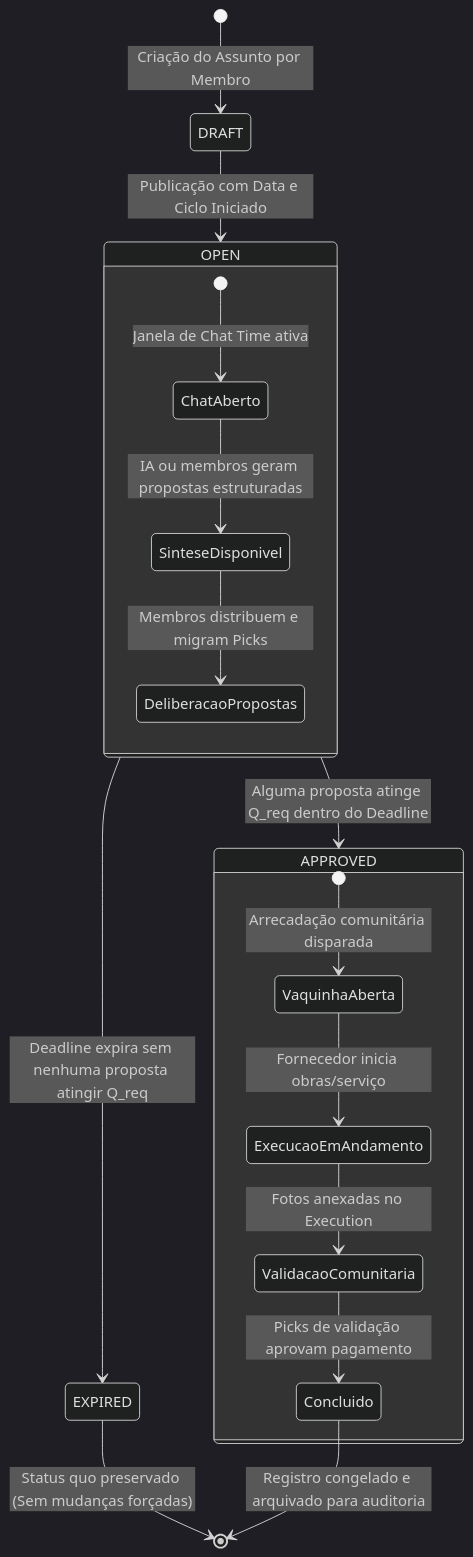
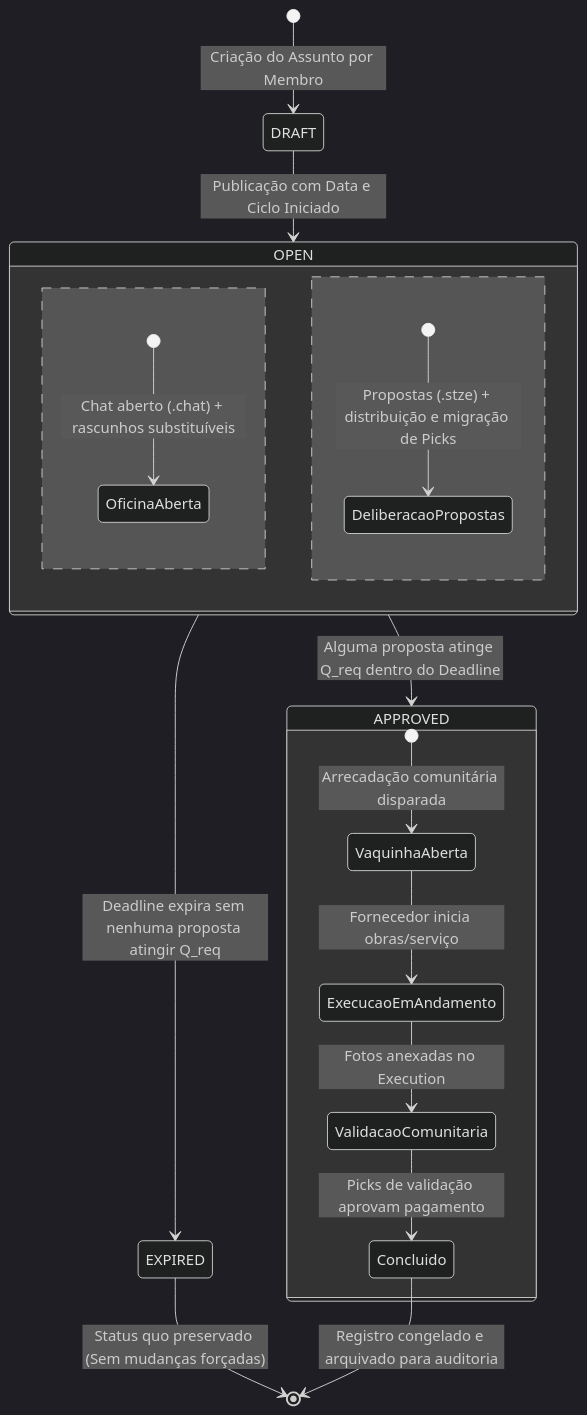
One commit to mBaiadori/sintetizing changed the second of 2 diagrams in system-design/01_COMMUNITY.md. Above: the diagram before and after it, drawn with Mermaid (dark theme). The commit also changed other lines of this file and 59 other files, not shown here.

````diff
--- a/system-design/01_COMMUNITY.md
+++ b/system-design/01_COMMUNITY.md
@@ -89,24 +89,24 @@
 ```mermaid
 stateDiagram-v2
     [*] --> DRAFT : Criação do Assunto por Membro
     DRAFT --> OPEN : Publicação com Data e Ciclo Iniciado
     
     state OPEN {
-        [*] --> ChatAberto : Janela de Chat Time ativa
-        ChatAberto --> SinteseDisponivel : IA ou membros geram propostas estruturadas
-        SinteseDisponivel --> DeliberacaoPropostas : Membros distribuem e migram Picks
+        [*] --> OficinaAberta : Chat aberto (.chat) + rascunhos substituíveis
+        --
+        [*] --> DeliberacaoPropostas : Propostas (.stze) + distribuição e migração de Picks
     }
 
     OPEN --> APPROVED : Alguma proposta atinge Q_req dentro do Deadline
     OPEN --> EXPIRED : Deadline expira sem nenhuma proposta atingir Q_req
     
     state APPROVED {
         [*] --> VaquinhaAberta : Arrecadação comunitária disparada
         VaquinhaAberta --> ExecucaoEmAndamento : Fornecedor inicia obras/serviço
         ExecucaoEmAndamento --> ValidacaoComunitaria : Fotos anexadas no Execution
         ValidacaoComunitaria --> Concluido : Picks de validação aprovam pagamento
     }
 
     EXPIRED --> [*] : Status quo preservado (Sem mudanças forçadas)
     Concluido --> [*] : Registro congelado e arquivado para auditoria
 ```
````
